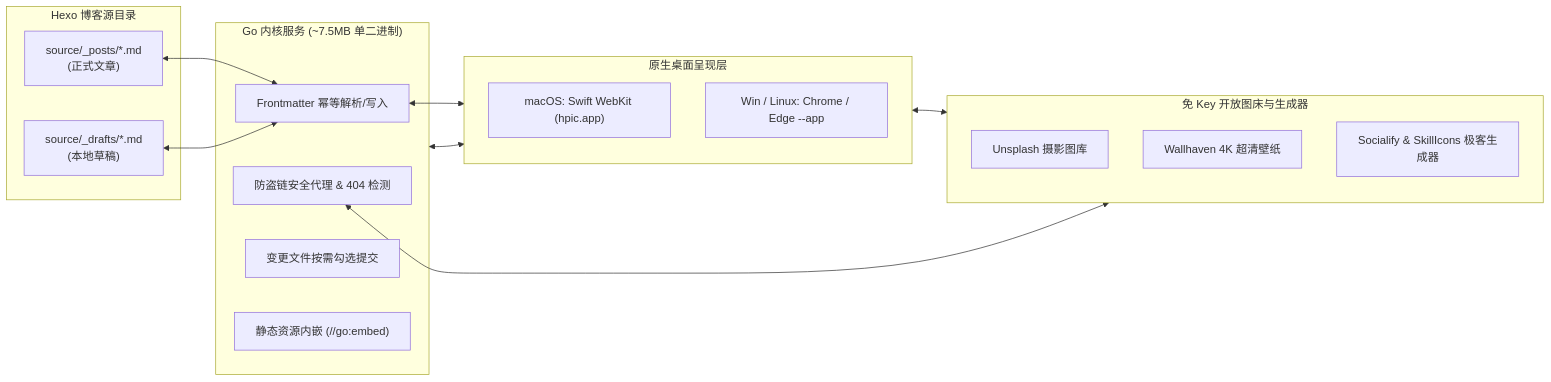
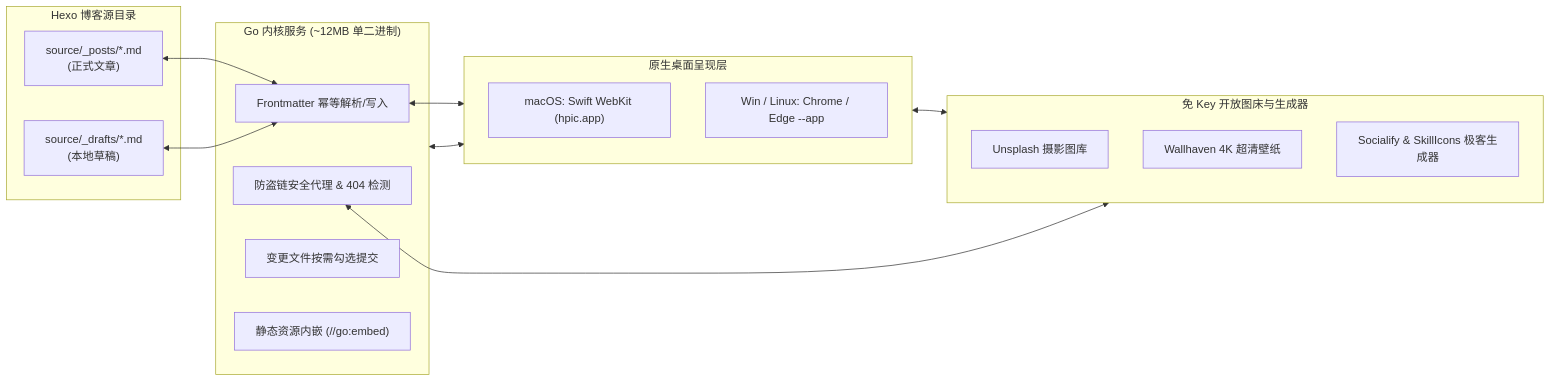
The diagram in README.md (bubao/hpic), drawn with Mermaid before and after one commit. The commit also changed other lines of this file and 153 other files, not shown here.

````diff
--- a/README.md
+++ b/README.md
@@ -27,31 +27,31 @@
 ```mermaid
 flowchart LR
     subgraph Blog ["Hexo 博客源目录"]
         Posts["source/_posts/*.md<br/>(正式文章)"]
         Drafts["source/_drafts/*.md<br/>(本地草稿)"]
     end
 
-    subgraph Core ["Go 内核服务 (~7.5MB 单二进制)"]
+    subgraph Core ["Go 内核服务 (~12MB 单二进制)"]
         FM["Frontmatter 幂等解析/写入"]
         Proxy["防盗链安全代理 & 404 检测"]
         GitOps["变更文件按需勾选提交"]
         EmbedFS["静态资源内嵌 (//go:embed)"]
     end
 
     subgraph Desktop ["原生桌面呈现层"]
         macOS["macOS: Swift WebKit (hpic.app)"]
         WinLin["Win / Linux: Chrome / Edge --app"]
     end
 
     subgraph Cloud ["免 Key 开放图床与生成器"]
         Unsplash["Unsplash 摄影图库"]
         Wallhaven["Wallhaven 4K 超清壁纸"]
         Geek["Socialify & SkillIcons 极客生成器"]
     end
 
     Posts & Drafts <--> FM
     FM <--> Desktop
     Core <--> Desktop
     Desktop <--> Cloud
     Proxy <--> Cloud
 ```
````
